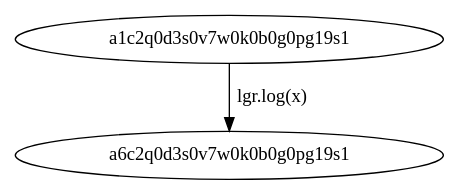
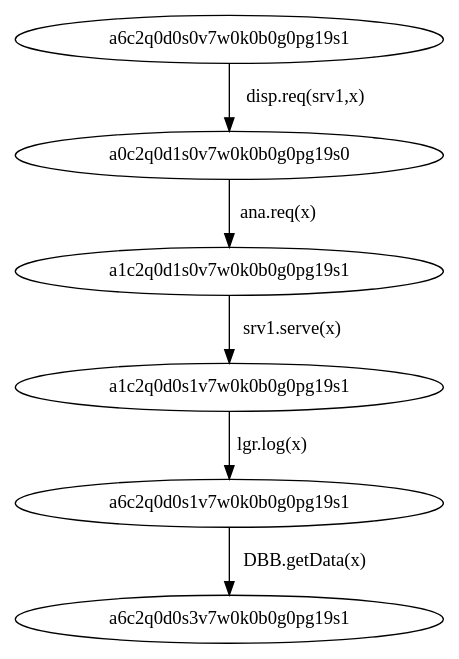
The diagram in output/adaptorpg.dot (nargeskh/ControllerSynthesis), drawn with Graphviz before and after one commit. The commit also changed 58 other files, not shown here.

```diff
--- a/output/adaptorpg.dot
+++ b/output/adaptorpg.dot
@@ -1,4 +1,8 @@
 digraph { 
-a1c2q0d3s0v7w0k0b0g0pg19s1->a6c2q0d3s0v7w0k0b0g0pg19s1[label= "lgr.log(x)"];
+a6c2q0d0s0v7w0k0b0g0pg19s1->a0c2q0d1s0v7w0k0b0g0pg19s0[label= "disp.req(srv1,x)"];
+a1c2q0d1s0v7w0k0b0g0pg19s1->a1c2q0d0s1v7w0k0b0g0pg19s1[label= "srv1.serve(x)"];
+a0c2q0d1s0v7w0k0b0g0pg19s0->a1c2q0d1s0v7w0k0b0g0pg19s1[label= "ana.req(x)"];
+a6c2q0d0s1v7w0k0b0g0pg19s1->a6c2q0d0s3v7w0k0b0g0pg19s1[label= "DBB.getData(x)"];
+a1c2q0d0s1v7w0k0b0g0pg19s1->a6c2q0d0s1v7w0k0b0g0pg19s1[label= "lgr.log(x)"];
 
 }
```
